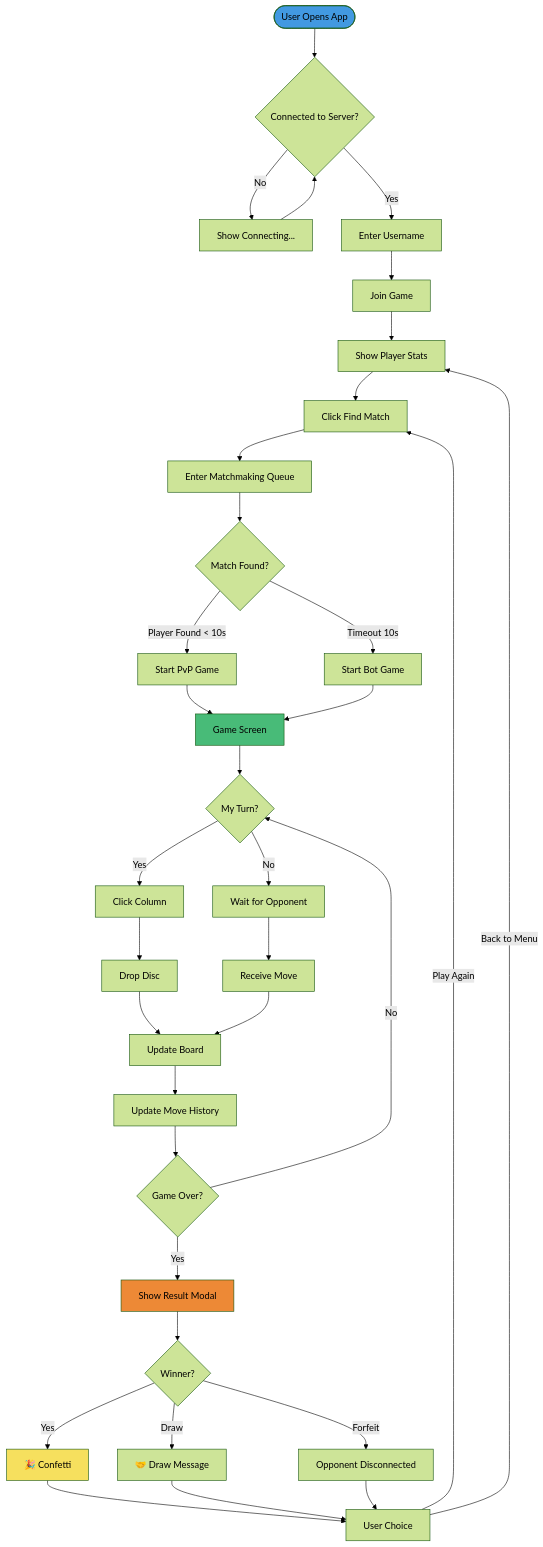
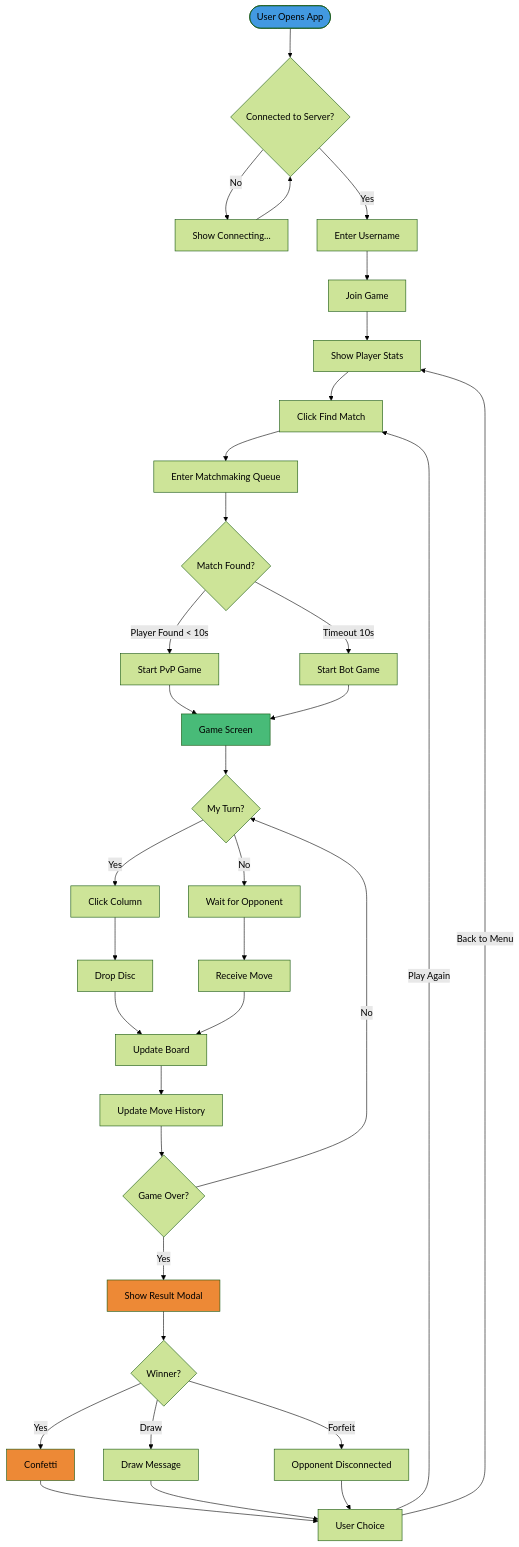
One commit to rajat-sharma-3745/4-in-a-row changed the second of 3 diagrams in README.md. Above: the diagram before and after it, drawn with Mermaid (forest theme). The commit also changed other lines of this file, not shown here.

````diff
--- a/README.md
+++ b/README.md
@@ -119,55 +119,55 @@
 ```mermaid
 graph TD
     START([User Opens App]) --> CONNECT{Connected to Server?}
     
     CONNECT -->|No| WAIT[Show Connecting...]
     WAIT --> CONNECT
     
     CONNECT -->|Yes| ENTER[Enter Username]
     ENTER --> JOIN[Join Game]
     
     JOIN --> STATS[Show Player Stats]
     STATS --> FIND[Click Find Match]
     
     FIND --> QUEUE[Enter Matchmaking Queue]
     QUEUE --> MATCH{Match Found?}
     
     MATCH -->|Player Found < 10s| PVP[Start PvP Game]
     MATCH -->|Timeout 10s| BOT[Start Bot Game]
     
     PVP --> GAME[Game Screen]
     BOT --> GAME
     
     GAME --> TURN{My Turn?}
     
     TURN -->|Yes| CLICK[Click Column]
     CLICK --> DROP[Drop Disc]
     DROP --> UPDATE[Update Board]
     
     TURN -->|No| WAITING[Wait for Opponent]
     WAITING --> RECEIVE[Receive Move]
     RECEIVE --> UPDATE
     
     UPDATE --> HISTORY[Update Move History]
     HISTORY --> CHECK{Game Over?}
     
     CHECK -->|No| TURN
     CHECK -->|Yes| RESULT[Show Result Modal]
     
     RESULT --> WINNER{Winner?}
-    WINNER -->|Yes| CONFETTI[🎉 Confetti]
-    WINNER -->|Draw| DRAW[🤝 Draw Message]
+    WINNER -->|Yes| CONFETTI[Confetti]
+    WINNER -->|Draw| DRAW[ Draw Message]
     WINNER -->|Forfeit| FORFEIT[Opponent Disconnected]
     
     CONFETTI --> CHOICE[User Choice]
     DRAW --> CHOICE
     FORFEIT --> CHOICE
     
     CHOICE -->|Play Again| FIND
     CHOICE -->|Back to Menu| STATS
     
     style START fill:#4299e1
     style GAME fill:#48bb78
     style RESULT fill:#ed8936
-    style CONFETTI fill:#f6e05e
+    style CONFETTI fill:#ed8936
 ```
````
